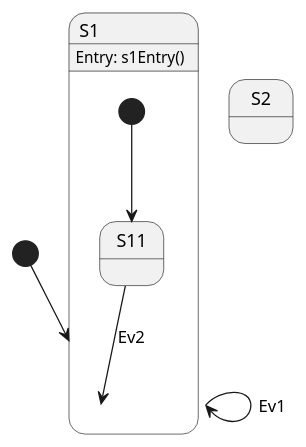
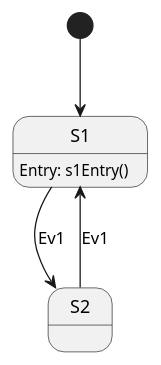
Before and after one commit to JPLOpenSource/STARS: the diagram in models/TestModels/simple/Simple.plantuml, drawn with PlantUML. The commit also changed 17 other files, not shown here.

Commit message:
UML front end works for all fprime backend

```diff
--- a/models/TestModels/simple/Simple.plantuml
+++ b/models/TestModels/simple/Simple.plantuml
@@ -2,20 +2,16 @@
 @startuml
 
 [*] --> S1
 
 state S1 {
     S1:Entry: s1Entry()
-    state S11 {
-
-    }
-    [*] --> S11
 }
 
 state S2 {
 
 }
 
-S1 --> S1 : Ev1
-S11 --> S1 : Ev2
+S1 --> S2 : Ev1
+S2 --> S1 : Ev1
 
 @enduml
```
